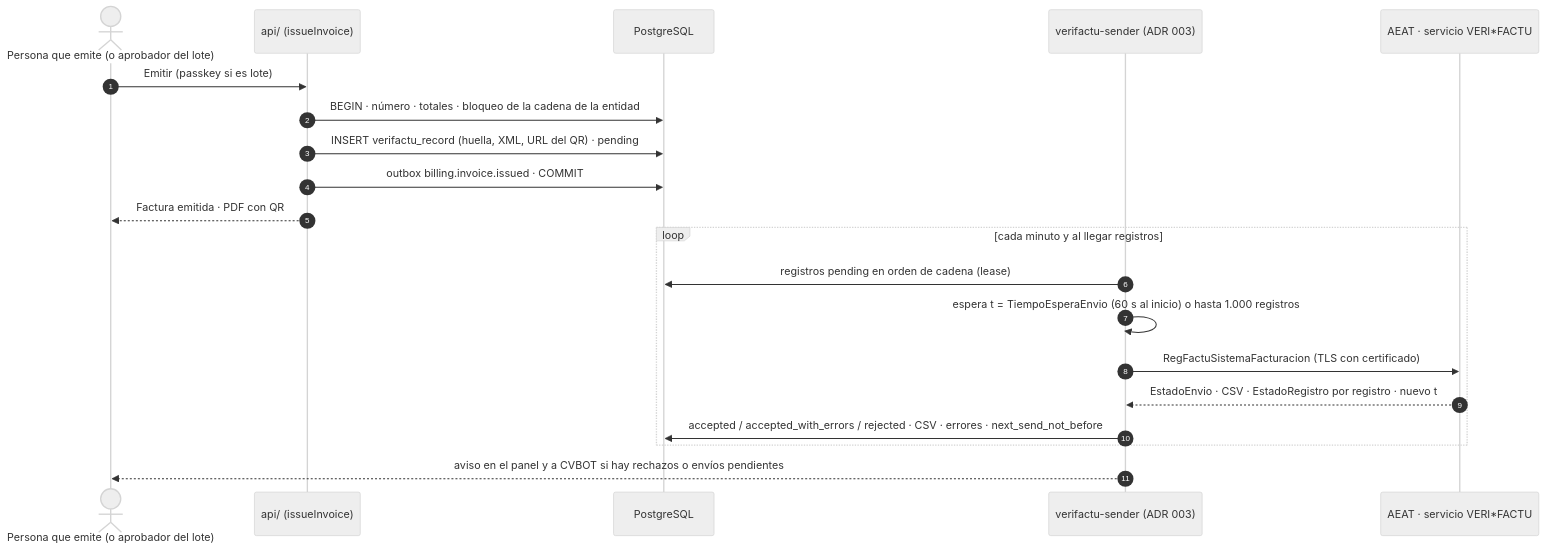
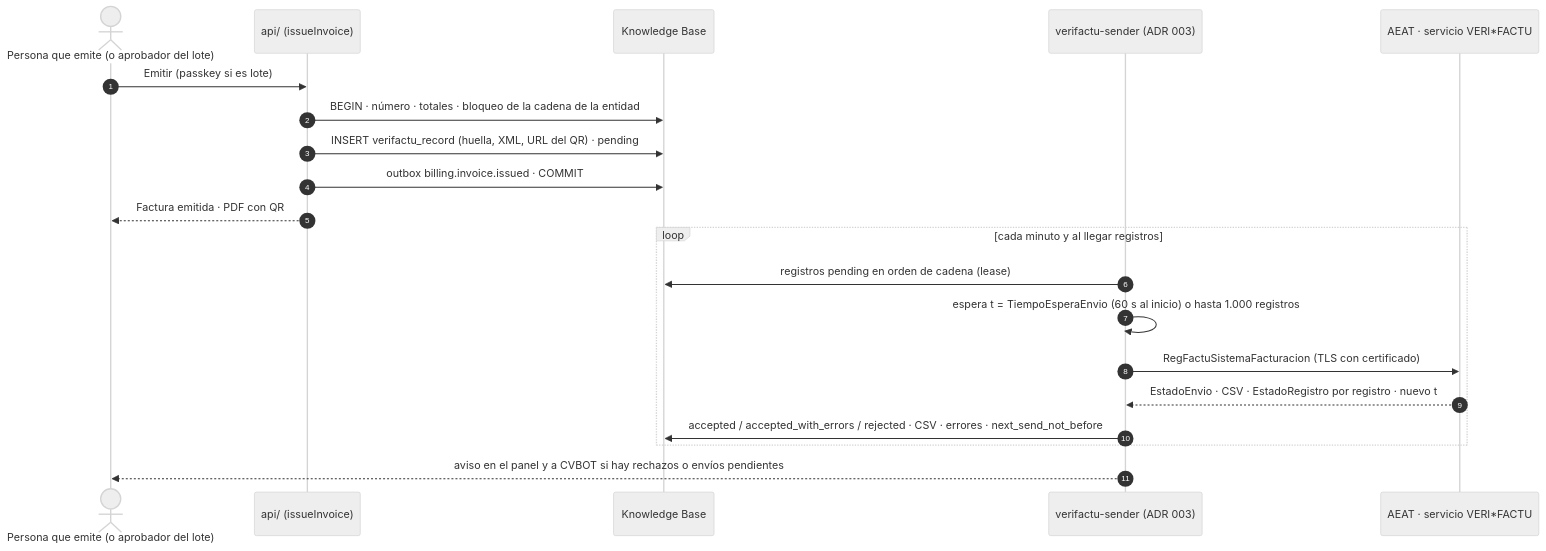
The diagram in docs/04-regulatorio/verifactu.md (pedrolivaresanchez/winecore), drawn with Mermaid (neutral theme) before and after one commit. The commit also changed other lines of this file and 26 other files, not shown here.

````diff
--- a/docs/04-regulatorio/verifactu.md
+++ b/docs/04-regulatorio/verifactu.md
@@ -50,22 +50,22 @@
 ```mermaid
 sequenceDiagram
   autonumber
   actor U as Persona que emite (o aprobador del lote)
   participant API as api/ (issueInvoice)
-  participant DB as PostgreSQL
+  participant DB as Knowledge Base
   participant S as verifactu-sender (ADR 003)
   participant AEAT as AEAT · servicio VERI*FACTU
   U->>API: Emitir (passkey si es lote)
   API->>DB: BEGIN · número · totales · bloqueo de la cadena de la entidad
   API->>DB: INSERT verifactu_record (huella, XML, URL del QR) · pending
   API->>DB: outbox billing.invoice.issued · COMMIT
   API-->>U: Factura emitida · PDF con QR
   loop cada minuto y al llegar registros
     S->>DB: registros pending en orden de cadena (lease)
     S->>S: espera t = TiempoEsperaEnvio (60 s al inicio) o hasta 1.000 registros
     S->>AEAT: RegFactuSistemaFacturacion (TLS con certificado)
     AEAT-->>S: EstadoEnvio · CSV · EstadoRegistro por registro · nuevo t
     S->>DB: accepted / accepted_with_errors / rejected · CSV · errores · next_send_not_before
   end
   S-->>U: aviso en el panel y a CVBOT si hay rechazos o envíos pendientes
 ```
````
